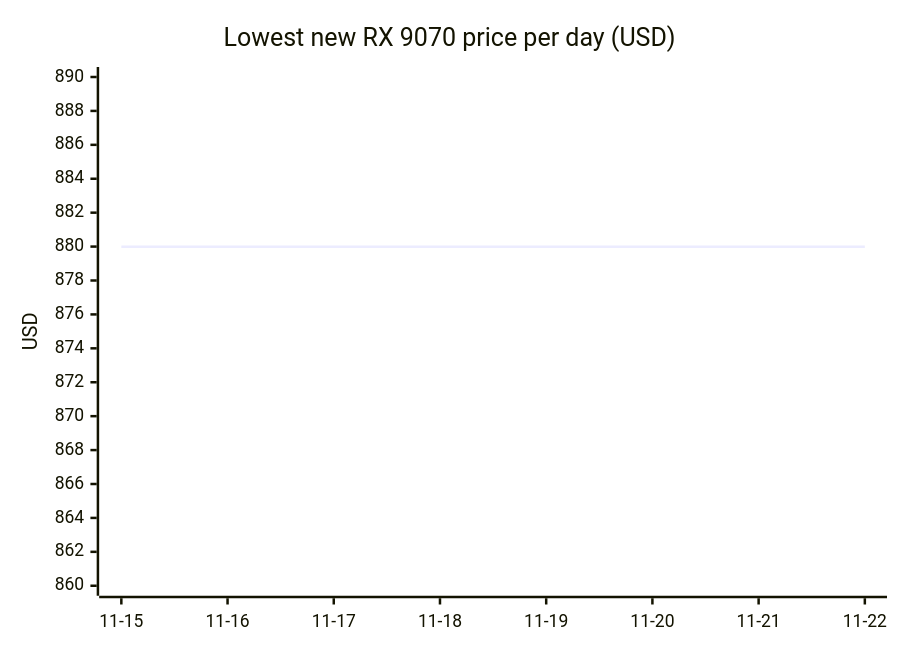
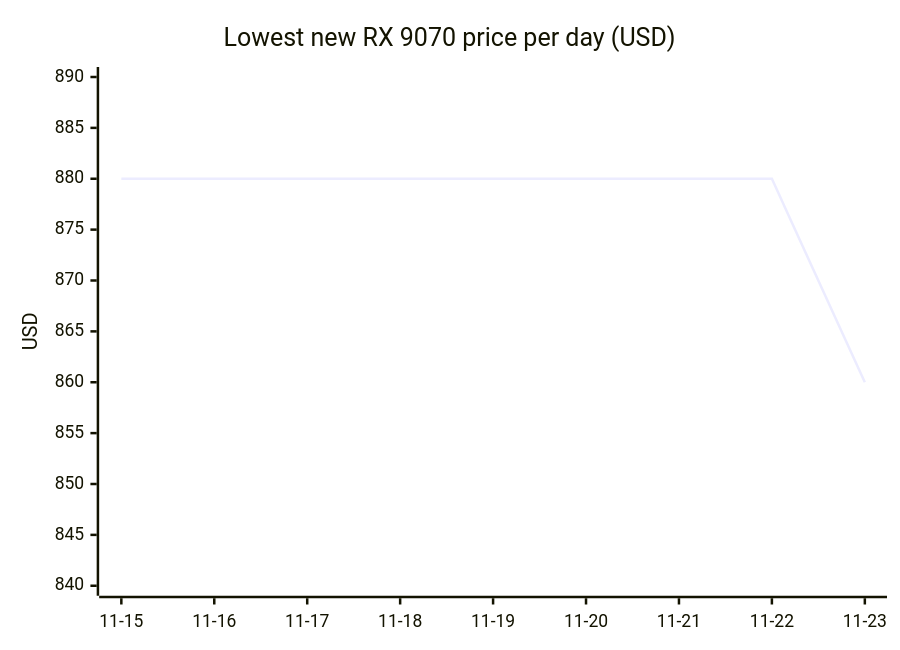
Diagram 12 of 18 in README.md (7324136828/4tb_ssd_price_watch), drawn with Mermaid before and after one commit. The commit also changed other lines of this file, not shown here.

````diff
--- a/README.md
+++ b/README.md
@@ -1112,7 +1157,7 @@
 ```mermaid
 xychart-beta
     title "Lowest new RX 9070 price per day (USD)"
-    x-axis ["11-15", "11-16", "11-17", "11-18", "11-19", "11-20", "11-21", "11-22"]
-    y-axis "USD" 860 --> 890
-    line [879.99, 879.99, 879.99, 879.99, 879.99, 879.99, 879.99, 879.99]
+    x-axis ["11-15", "11-16", "11-17", "11-18", "11-19", "11-20", "11-21", "11-22", "11-23"]
+    y-axis "USD" 840 --> 890
+    line [879.99, 879.99, 879.99, 879.99, 879.99, 879.99, 879.99, 879.99, 859.99]
 ```
````
